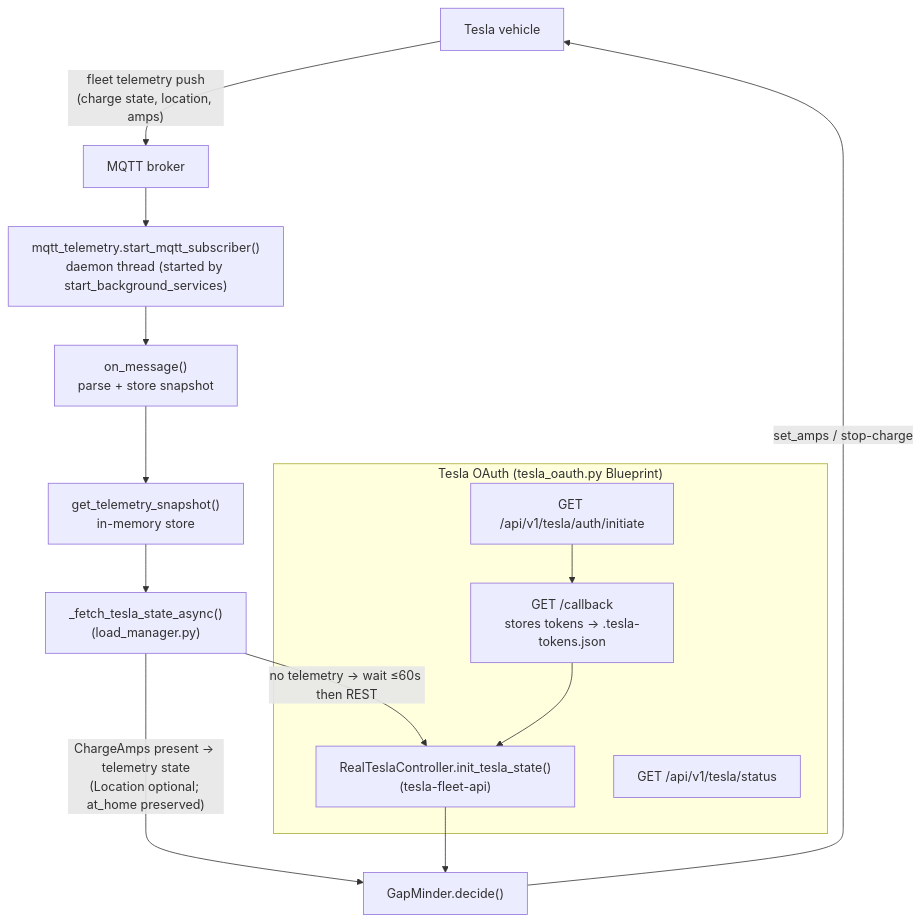
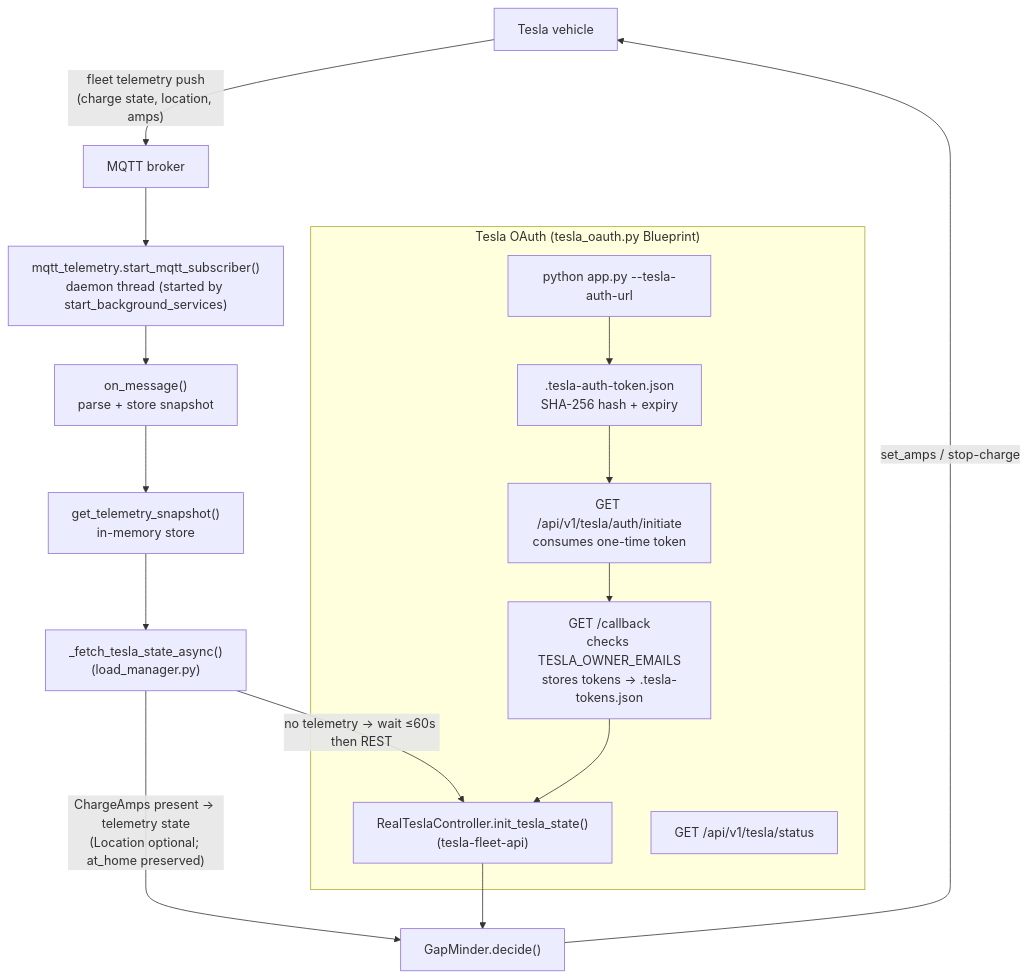
Before and after one commit to mblakele/solara: the fifth of 6 diagrams in docs/architecture.md, drawn with Mermaid. The commit also changed other lines of this file and 13 other files, not shown here.

Commit message:
security: tesla vehicle auth url adds token

````diff
--- a/docs/architecture.md
+++ b/docs/architecture.md
@@ -205,22 +205,24 @@
 ```mermaid
 flowchart TD
     TESLA["Tesla vehicle"] -->|"fleet telemetry push<br/>(charge state, location, amps)"| MQTTB["MQTT broker"]
     MQTTB --> SUB["mqtt_telemetry.start_mqtt_subscriber()<br/>daemon thread (started by start_background_services)"]
     SUB --> ONMSG["on_message()<br/>parse + store snapshot"]
     ONMSG --> SNAP["get_telemetry_snapshot()<br/>in-memory store"]
     SNAP --> FETCH["_fetch_tesla_state_async()<br/>(load_manager.py)"]
     FETCH -->|"ChargeAmps present → telemetry state<br/>(Location optional; at_home preserved)"| DECIDE["GapMinder.decide()"]
     FETCH -->|"no telemetry → wait ≤60s then REST"| REST["RealTeslaController.init_tesla_state()<br/>(tesla-fleet-api)"]
     REST --> DECIDE
 
     DECIDE -->|"set_amps / stop-charge"| TESLA
 
     subgraph OAuth["Tesla OAuth (tesla_oauth.py Blueprint)"]
-        INIT["GET /api/v1/tesla/auth/initiate"] --> CALLBACK["GET /callback<br/>stores tokens → .tesla-tokens.json"]
+        CLI4["python app.py --tesla-auth-url"] --> TOKEN[".tesla-auth-token.json<br/>SHA-256 hash + expiry"]
+        TOKEN --> INIT["GET /api/v1/tesla/auth/initiate<br/>consumes one-time token"]
+        INIT --> CALLBACK["GET /callback<br/>checks TESLA_OWNER_EMAILS<br/>stores tokens → .tesla-tokens.json"]
         CALLBACK --> REST
         STATUS["GET /api/v1/tesla/status"]
     end
 
     %% unwrap_telemetry_value / parse_charge_amps (load_models.py) are shared
     %% between mqtt_telemetry and load_controllers
 ```
````
